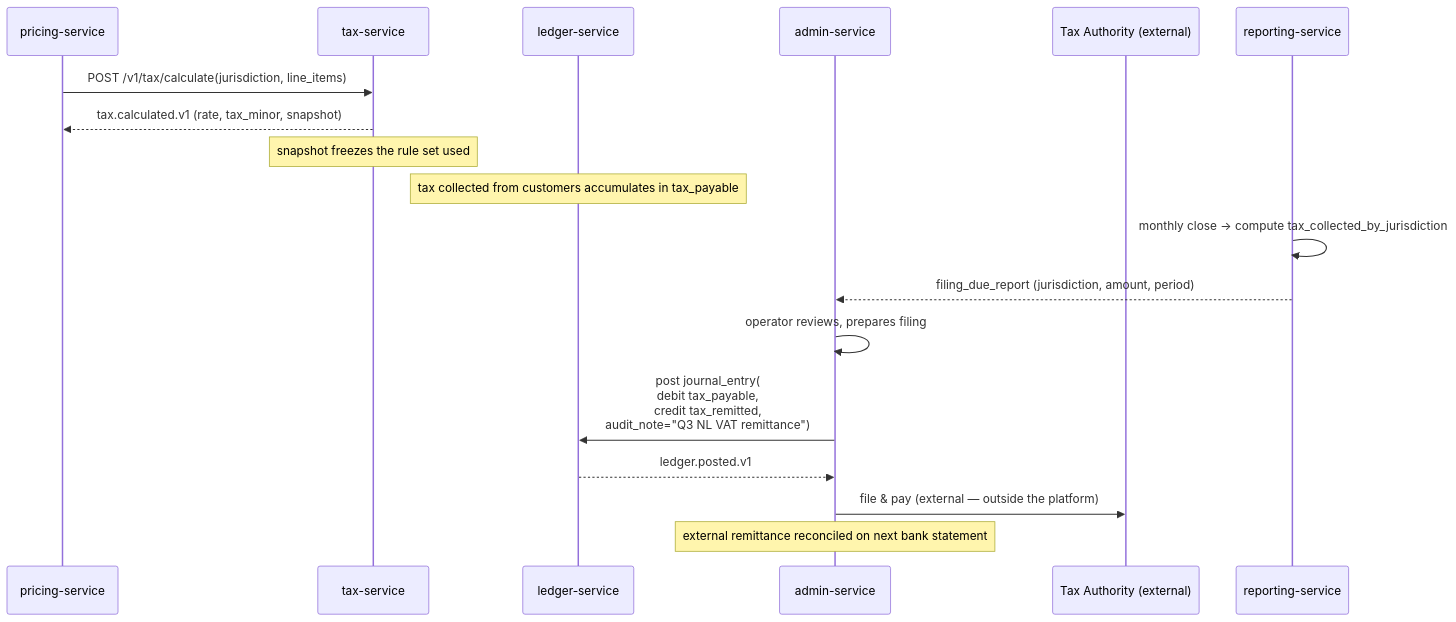
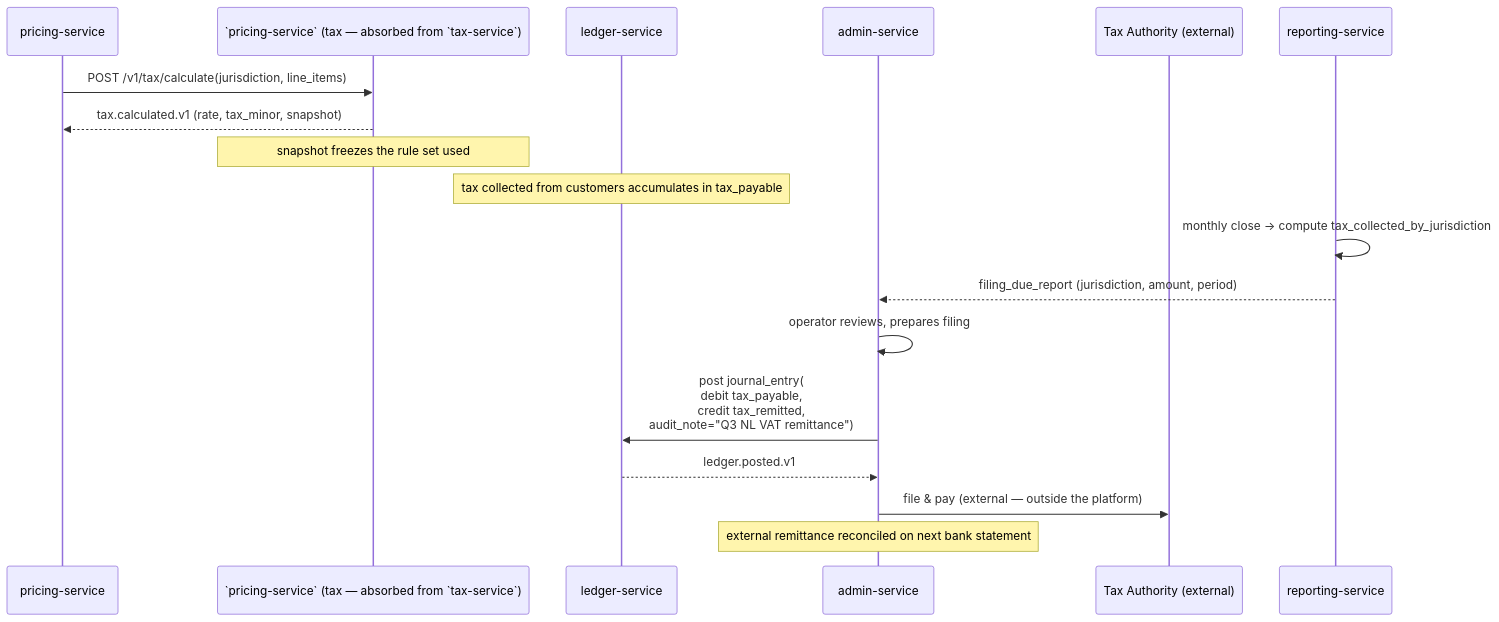
The third of 9 diagrams in docs/workflows/ACCOUNTING_WORKFLOWS.md (mohamedhabibwork/trips-enjoy-docs), drawn with Mermaid before and after one commit. The commit also changed other lines of this file and 525 other files, not shown here.

````diff
--- a/docs/workflows/ACCOUNTING_WORKFLOWS.md
+++ b/docs/workflows/ACCOUNTING_WORKFLOWS.md
@@ -164,21 +164,21 @@
 ```mermaid
 sequenceDiagram
     participant PRC as pricing-service
-    participant TX as tax-service
+    participant TX as `pricing-service` (tax — absorbed from `tax-service`)
     participant LD as ledger-service
     participant ADM as admin-service
     participant AUTH as Tax Authority (external)
     participant REP as reporting-service
 
     PRC->>TX: POST /v1/tax/calculate(jurisdiction, line_items)
     TX-->>PRC: tax.calculated.v1 (rate, tax_minor, snapshot)
     Note over TX: snapshot freezes the rule set used
     Note over LD: tax collected from customers accumulates in tax_payable
     REP->>REP: monthly close → compute tax_collected_by_jurisdiction
     REP-->>ADM: filing_due_report (jurisdiction, amount, period)
     ADM->>ADM: operator reviews, prepares filing
     ADM->>LD: post journal_entry(<br/>  debit tax_payable,<br/>  credit tax_remitted,<br/>  audit_note="Q3 NL VAT remittance")
     LD-->>ADM: ledger.posted.v1
     ADM->>AUTH: file & pay (external — outside the platform)
     Note over ADM: external remittance reconciled on next bank statement
 ```
````
